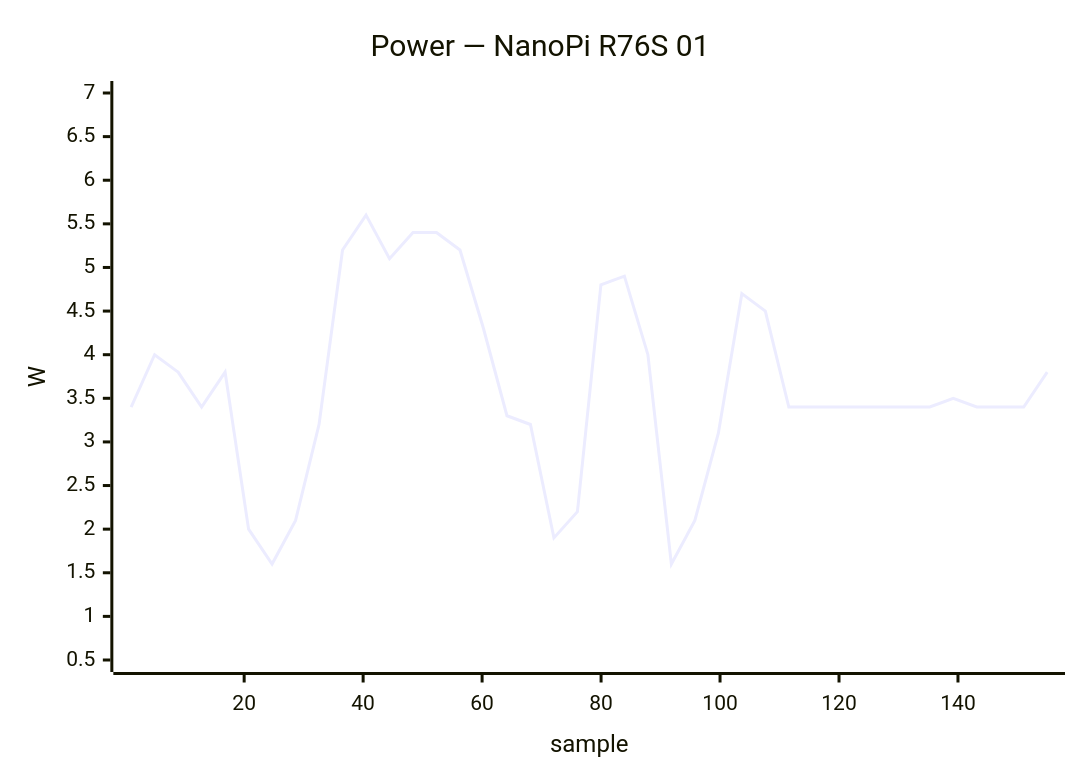
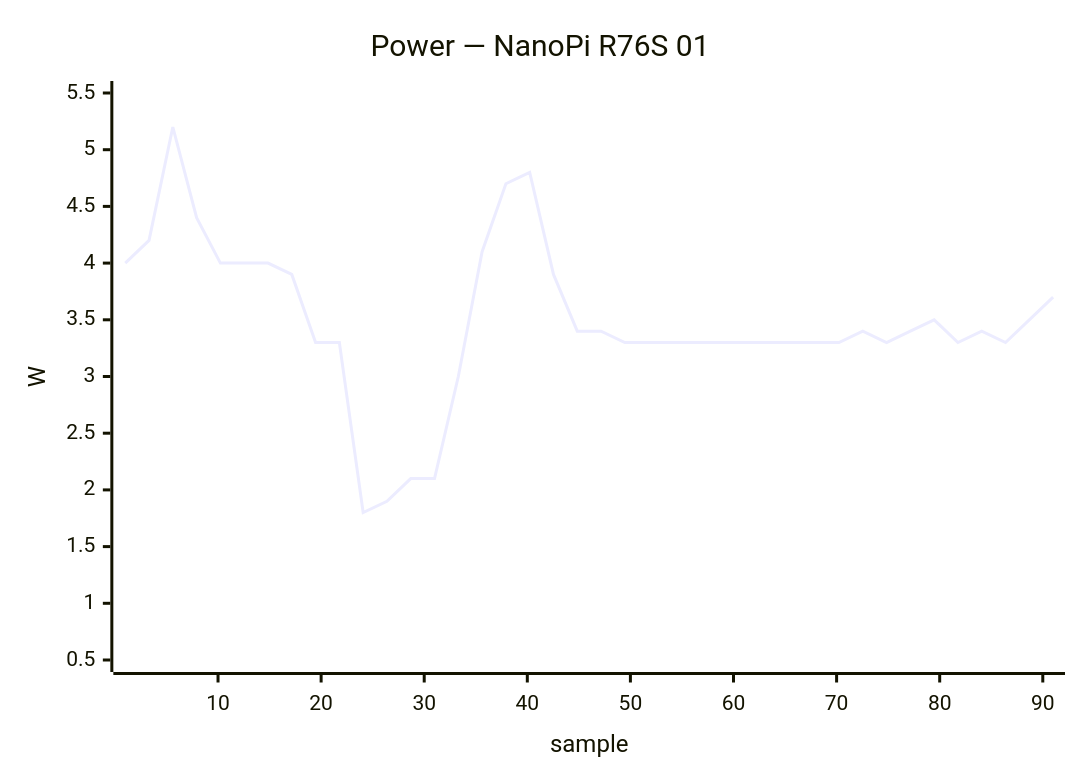
Before and after one commit to armbian/documentation: the fourth of 48 diagrams in docs/status/board-tests.md, drawn with Mermaid. The commit also changed other lines of this file, not shown here.

````diff
--- a/docs/status/board-tests.md
+++ b/docs/status/board-tests.md
@@ -143,7 +143,7 @@
 ```mermaid
 xychart-beta
     title "Power — NanoPi R76S 01"
-    x-axis "sample" 1 --> 155
-    y-axis "W" 0.5 --> 7.0
-    line [3.4, 4.0, 3.8, 3.4, 3.8, 2.0, 1.6, 2.1, 3.2, 5.2, 5.6, 5.1, 5.4, 5.4, 5.2, 4.3, 3.3, 3.2, 1.9, 2.2, 4.8, 4.9, 4.0, 1.6, 2.1, 3.1, 4.7, 4.5, 3.4, 3.4, 3.4, 3.4, 3.4, 3.4, 3.4, 3.5, 3.4, 3.4, 3.4, 3.8]
+    x-axis "sample" 1 --> 91
+    y-axis "W" 0.5 --> 5.5
+    line [4.0, 4.2, 5.2, 4.4, 4.0, 4.0, 4.0, 3.9, 3.3, 3.3, 1.8, 1.9, 2.1, 2.1, 3.0, 4.1, 4.7, 4.8, 3.9, 3.4, 3.4, 3.3, 3.3, 3.3, 3.3, 3.3, 3.3, 3.3, 3.3, 3.3, 3.3, 3.4, 3.3, 3.4, 3.5, 3.3, 3.4, 3.3, 3.5, 3.7]
 ```
````
